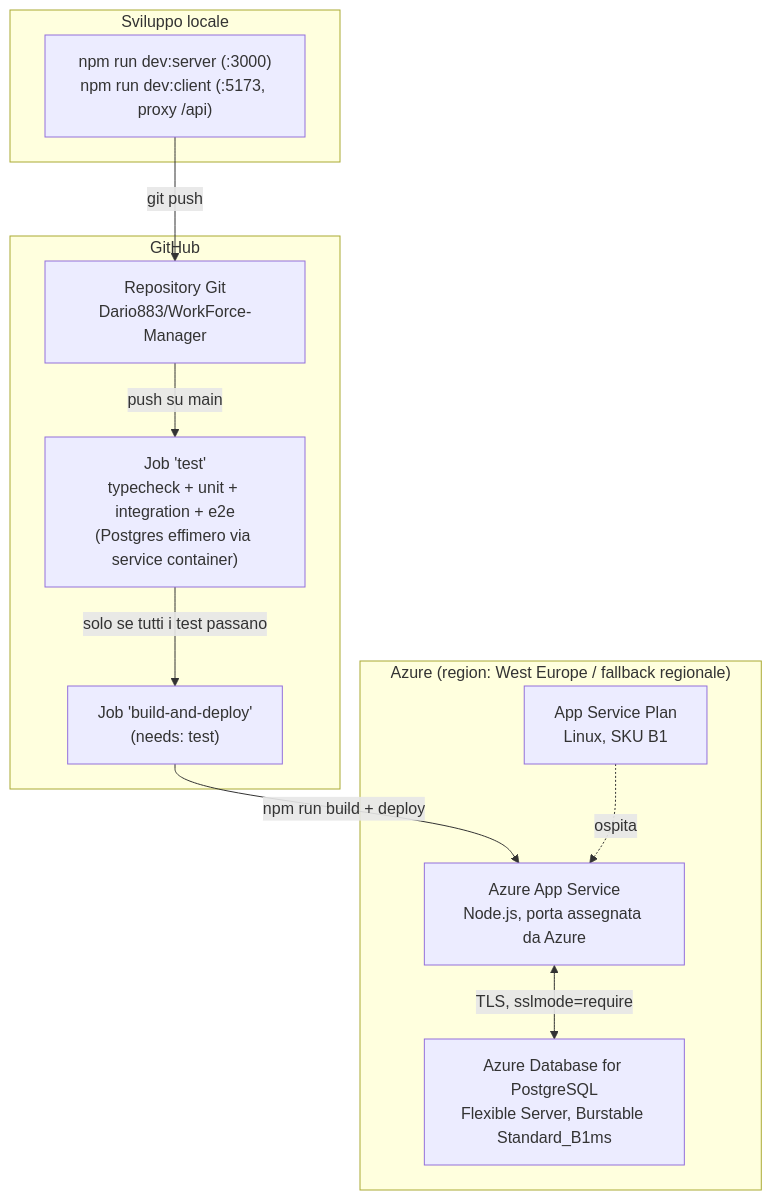
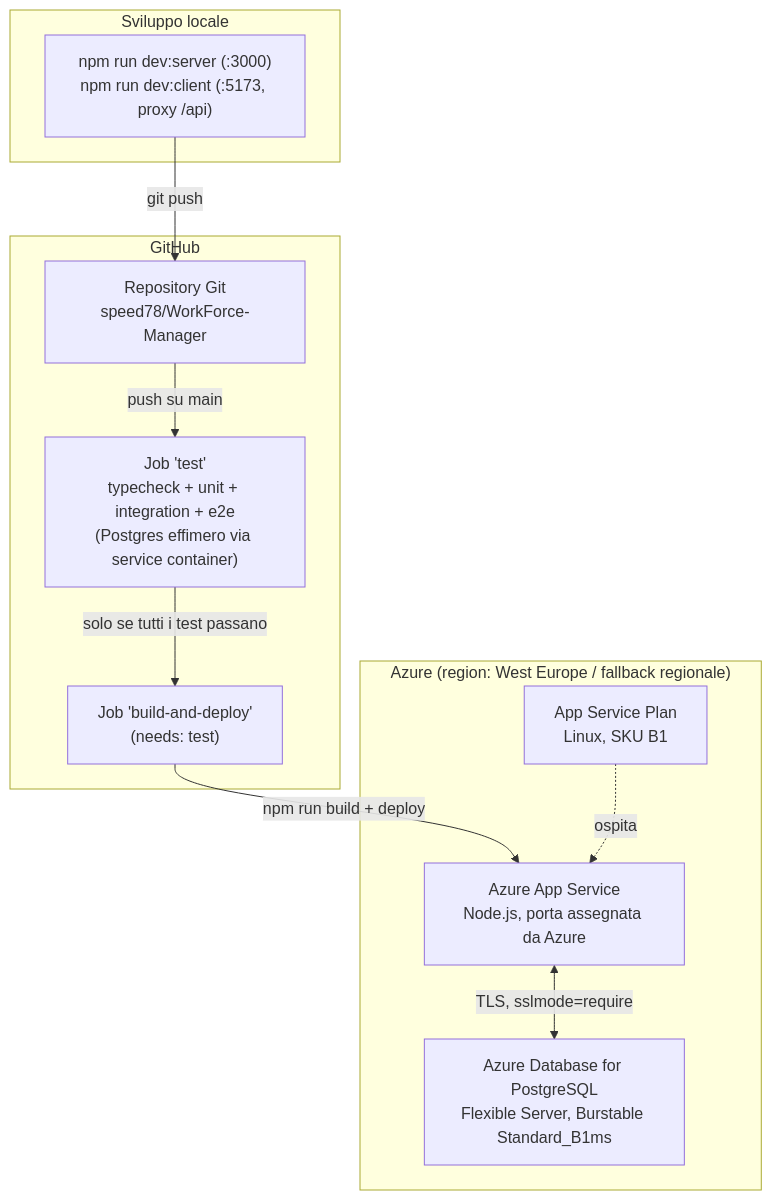
Before and after one commit to Dario883/WorkForce-Manager: the ninth of 9 diagrams in docs/02-architettura.md, drawn with Mermaid. The commit also changed other lines of this file and 3 other files, not shown here.

````diff
--- a/docs/02-architettura.md
+++ b/docs/02-architettura.md
@@ -368,25 +374,25 @@
 ```mermaid
 flowchart TB
     subgraph Dev["Sviluppo locale"]
         DevMachine["npm run dev:server (:3000)<br/>npm run dev:client (:5173, proxy /api)"]
     end
 
     subgraph GitHub
-        Repo["Repository Git<br/>Dario883/WorkForce-Manager"]
+        Repo["Repository Git<br/>speed78/WorkForce-Manager"]
         TestJob["Job 'test'<br/>typecheck + unit + integration + e2e<br/>(Postgres effimero via service container)"]
         DeployJob["Job 'build-and-deploy'<br/>(needs: test)"]
     end
 
     subgraph Azure["Azure (region: West Europe / fallback regionale)"]
         Plan["App Service Plan<br/>Linux, SKU B1"]
         WebApp["Azure App Service<br/>Node.js, porta assegnata da Azure"]
         PG["Azure Database for PostgreSQL<br/>Flexible Server, Burstable Standard_B1ms"]
     end
 
     DevMachine -- git push --> Repo
     Repo -- "push su main" --> TestJob
     TestJob -- "solo se tutti i test passano" --> DeployJob
     DeployJob -- "npm run build + deploy" --> WebApp
     Plan -. ospita .-> WebApp
     WebApp <-- "TLS, sslmode=require" --> PG
 ```
````
